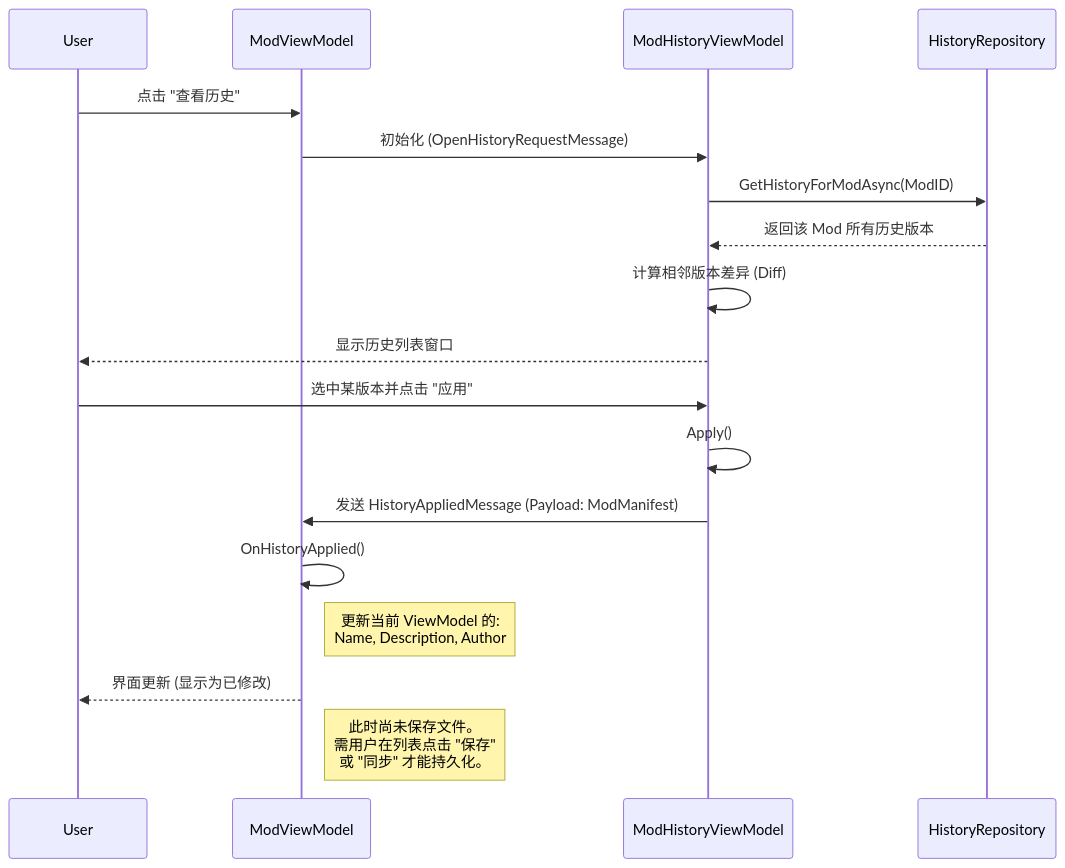
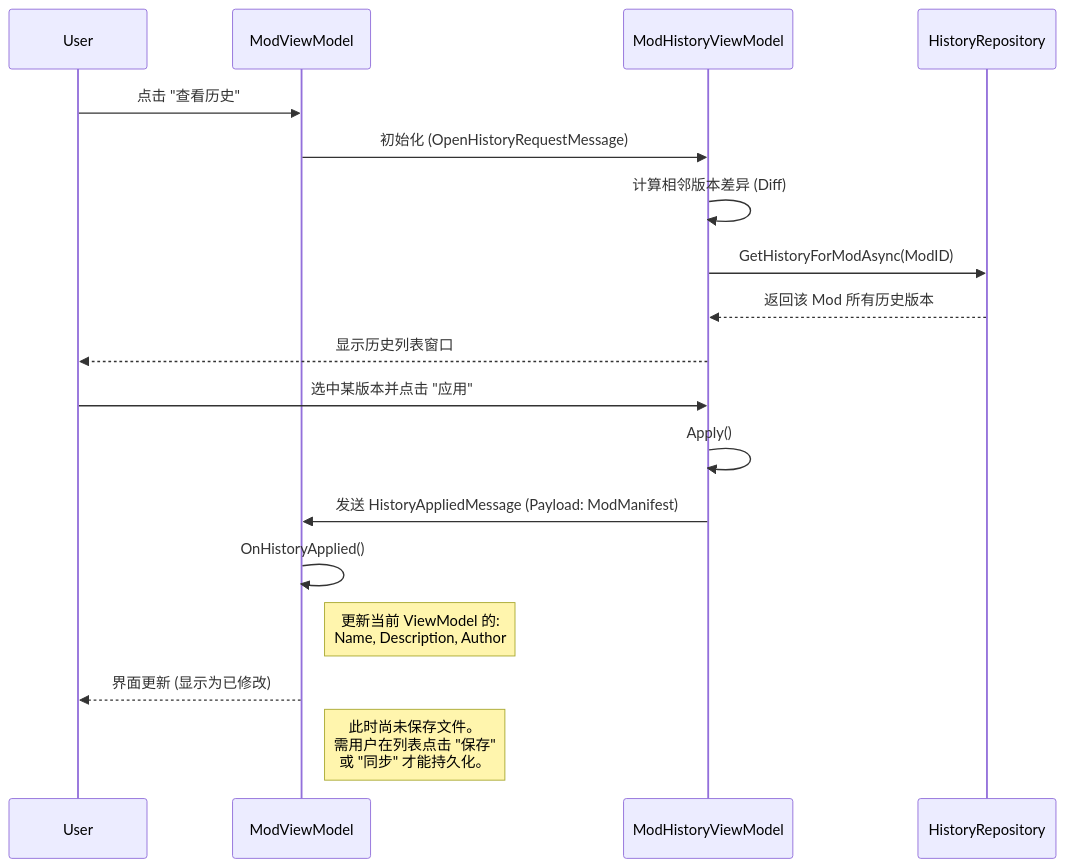
The fifth of 5 diagrams in docs/ARCHITECTURE.md (Sisyphean-a/SMTMS), drawn with Mermaid before and after one commit. The commit also changed other lines of this file and 12 other files, not shown here.

````diff
--- a/docs/ARCHITECTURE.md
+++ b/docs/ARCHITECTURE.md
@@ -242,25 +242,25 @@
 ```mermaid
 sequenceDiagram
     participant User
     participant ModVM as ModViewModel
     participant ModHistoryVM as ModHistoryViewModel
     participant HistoryRepo as HistoryRepository
 
     User->>ModVM: 点击 "查看历史"
     ModVM->>ModHistoryVM: 初始化 (OpenHistoryRequestMessage)
+    ModHistoryVM->>ModHistoryVM: 计算相邻版本差异 (Diff)
     ModHistoryVM->>HistoryRepo: GetHistoryForModAsync(ModID)
     HistoryRepo-->>ModHistoryVM: 返回该 Mod 所有历史版本
     
-    ModHistoryVM->>ModHistoryVM: 计算相邻版本差异 (Diff)
     ModHistoryVM-->>User: 显示历史列表窗口
     
     User->>ModHistoryVM: 选中某版本并点击 "应用"
     ModHistoryVM->>ModHistoryVM: Apply()
     ModHistoryVM->>ModVM: 发送 HistoryAppliedMessage (Payload: ModManifest)
     
     ModVM->>ModVM: OnHistoryApplied()
     note right of ModVM: 更新当前 ViewModel 的:<br/>Name, Description, Author
     
     ModVM-->>User: 界面更新 (显示为已修改)
     note right of ModVM: 此时尚未保存文件。<br/>需用户在列表点击 "保存"<br/>或 "同步" 才能持久化。
 ```
````
